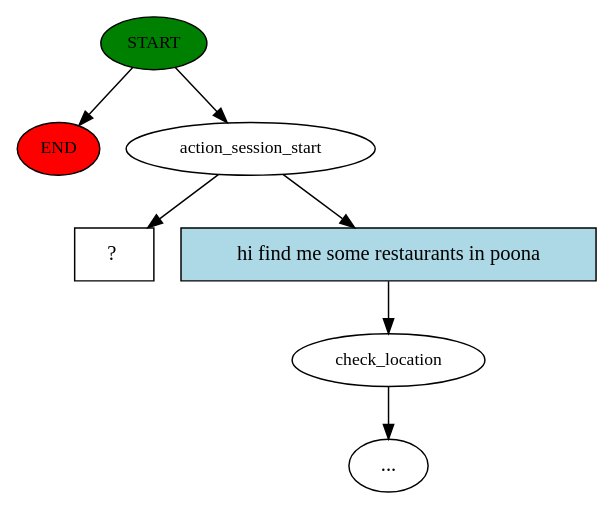
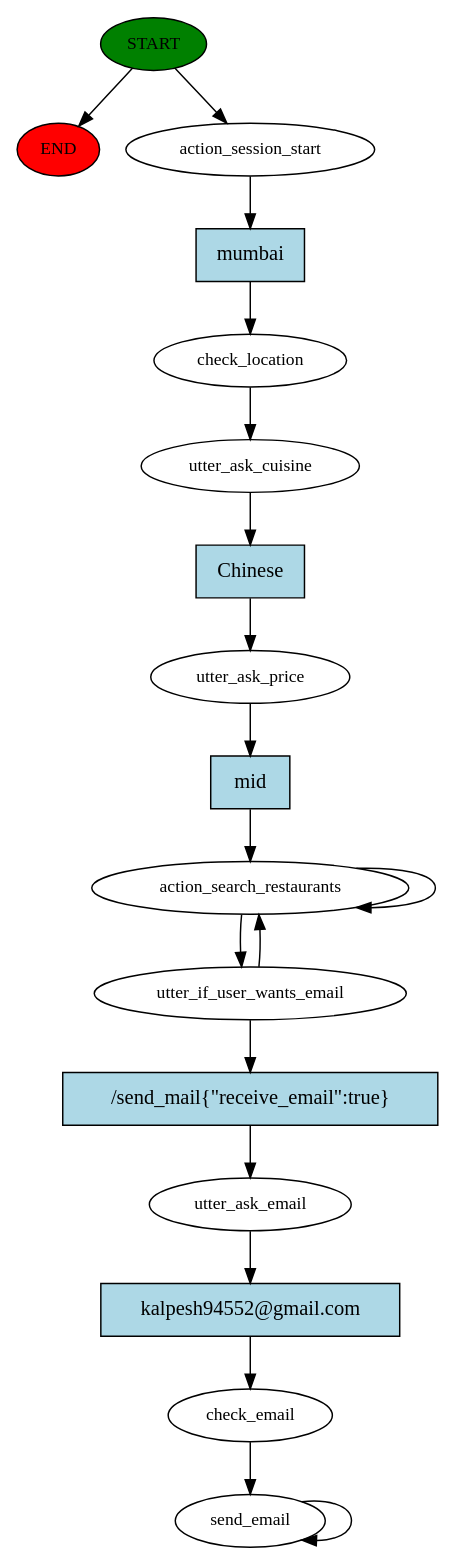
The diagram in story_graph.dot (AkshayShenoy19/Rasa_basic_folder), drawn with Graphviz before and after one commit. The commit also changed 20 other files, not shown here.

```diff
--- a/story_graph.dot
+++ b/story_graph.dot
@@ -1,15 +1,36 @@
 digraph  {
 0 [class="start active", fillcolor=green, fontsize=12, label=START, style=filled];
 "-1" [class=end, fillcolor=red, fontsize=12, label=END, style=filled];
 1 [class=active, fontsize=12, label=action_session_start];
-2 [class="", fontsize=12, label=check_location];
-"-3" [class=ellipsis, label="..."];
-4 [class="intent dashed active", label="  ?  ", shape=rect];
-5 [class=intent, fillcolor=lightblue, label="hi find me some restaurants in poona", shape=rect, style=filled];
+2 [class=active, fontsize=12, label=check_location];
+3 [class=active, fontsize=12, label=utter_ask_cuisine];
+4 [class=active, fontsize=12, label=utter_ask_price];
+5 [class=active, fontsize=12, label=action_search_restaurants];
+6 [class=active, fontsize=12, label=utter_if_user_wants_email];
+12 [class=active, fontsize=12, label=utter_ask_email];
+13 [class=active, fontsize=12, label=check_email];
+14 [class="active dashed", fontsize=12, label=send_email];
+23 [class="intent active", fillcolor=lightblue, label=mumbai, shape=rect, style=filled];
+24 [class="intent active", fillcolor=lightblue, label=Chinese, shape=rect, style=filled];
+25 [class="intent active", fillcolor=lightblue, label=mid, shape=rect, style=filled];
+26 [class="intent active", fillcolor=lightblue, label="/send_mail{\"receive_email\":true}", shape=rect, style=filled];
+27 [class="intent active", fillcolor=lightblue, label="kalpesh94552@gmail.com", shape=rect, style=filled];
 0 -> "-1"  [class="", key=NONE, label=""];
 0 -> 1  [class=active, key=NONE, label=""];
-1 -> 4  [class=active, key=NONE, label=""];
-1 -> 5  [class="", key=0];
-2 -> "-3"  [class="", key=NONE, label=""];
-5 -> 2  [class="", key=0];
+1 -> 23  [class=active, key=0];
+2 -> 3  [class=active, key=NONE, label=""];
+3 -> 24  [class=active, key=0];
+4 -> 25  [class=active, key=0];
+5 -> 6  [class=active, key=NONE, label=""];
+5 -> 5  [class=active, key=NONE, label=""];
+6 -> 5  [class=active, key=NONE, label=""];
+6 -> 26  [class=active, key=0];
+12 -> 27  [class=active, key=0];
+13 -> 14  [class=active, key=NONE, label=""];
+14 -> 14  [class=active, key=NONE, label=""];
+23 -> 2  [class=active, key=0];
+24 -> 4  [class=active, key=0];
+25 -> 5  [class=active, key=0];
+26 -> 12  [class=active, key=0];
+27 -> 13  [class=active, key=0];
 }
```
